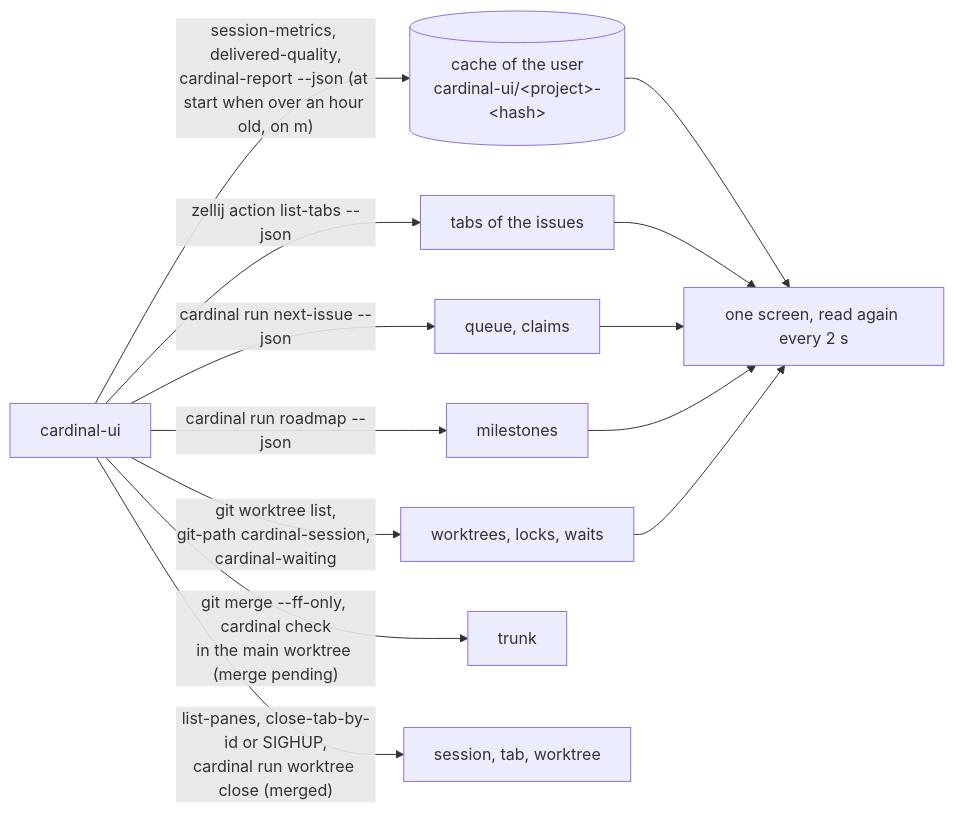
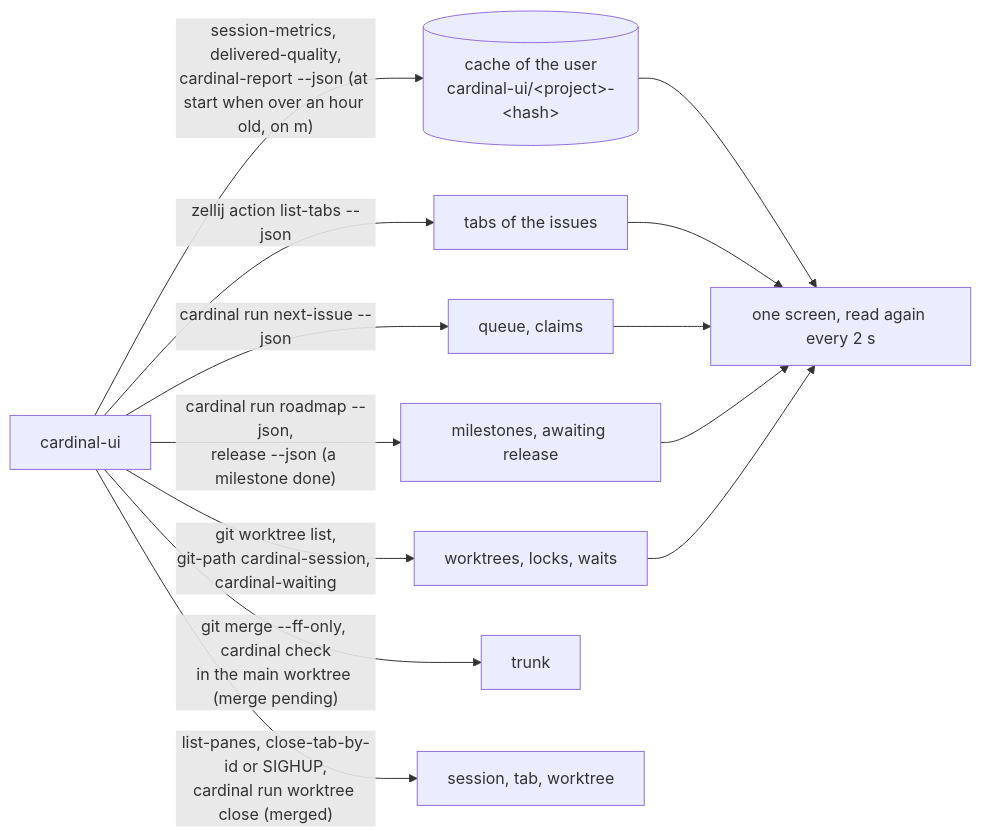
Before and after one commit to Electron-libre/cardinal: the third of 3 diagrams in docs/architecture.md, drawn with Mermaid. The commit also changed other lines of this file and 7 other files, not shown here.

First line of the commit message:
feat(ui): mark the milestones awaiting their release

````diff
--- a/docs/architecture.md
+++ b/docs/architecture.md
@@ -247,15 +247,15 @@
 ```mermaid
 flowchart LR
   ui["cardinal-ui"] -->|"cardinal run next-issue --json"| queue["queue, claims"]
-  ui -->|"cardinal run roadmap --json"| milestones["milestones"]
+  ui -->|"cardinal run roadmap --json,<br/>release --json (a milestone done)"| milestones["milestones, awaiting release"]
   ui -->|"git worktree list,<br/>git-path cardinal-session, cardinal-waiting"| worktrees["worktrees, locks, waits"]
   ui -->|"zellij action list-tabs --json"| tabs["tabs of the issues"]
   ui -->|"session-metrics, delivered-quality,<br/>cardinal-report --json (at start when over an hour old, on m)"| cache[("cache of the user<br/>cardinal-ui/&lt;project&gt;-&lt;hash&gt;")]
   ui -->|"git merge --ff-only, cardinal check<br/>in the main worktree (merge pending)"| trunk["trunk"]
   ui -->|"list-panes, close-tab-by-id or SIGHUP,<br/>cardinal run worktree close (merged)"| ended["session, tab, worktree"]
   cache --> screen
   tabs --> screen
   queue --> screen["one screen, read again every 2 s"]
   milestones --> screen
   worktrees --> screen
 ```
````
